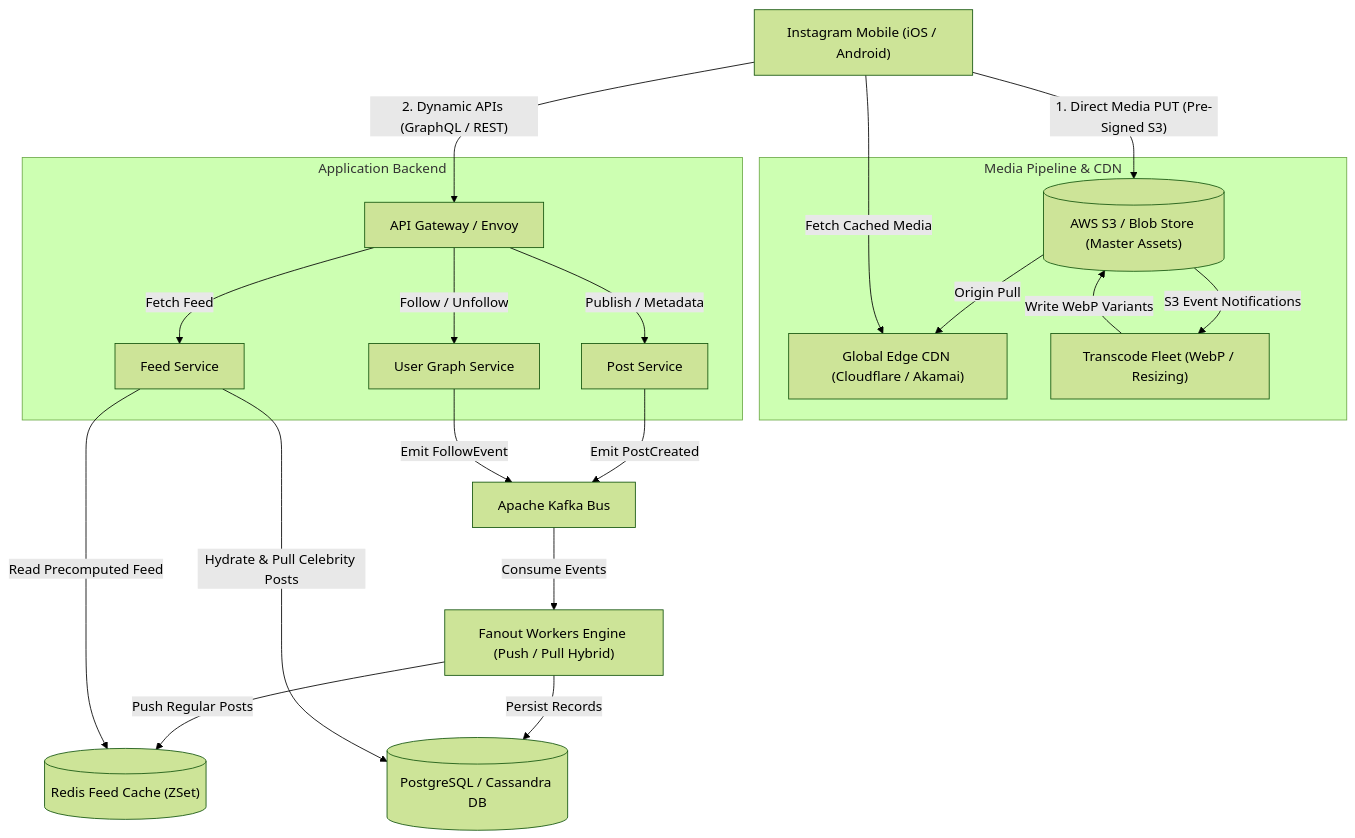
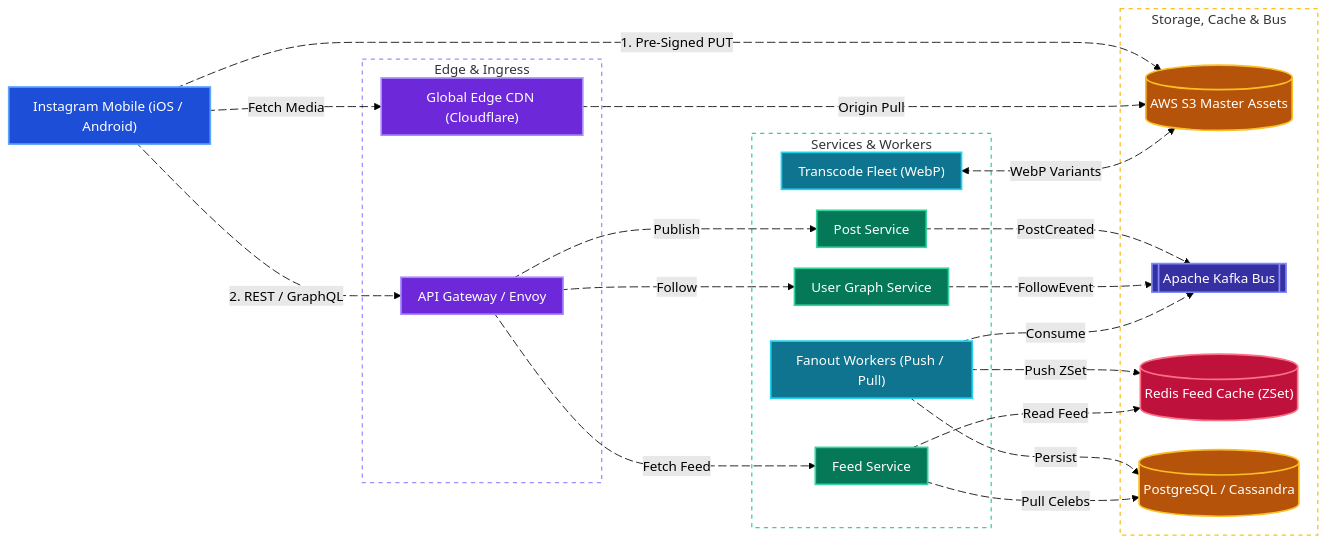
One commit to tarunbatta/tech-interview-prep changed the first of 4 diagrams in system-design/instagram.md. Above: the diagram before and after it, drawn with Mermaid (forest theme). The commit also changed other lines of this file and 30 other files, not shown here.

First line of the commit message:
docs(system-design): convert Mermaid flowcharts to LR with colors and animated edges

````diff
--- a/system-design/instagram.md
+++ b/system-design/instagram.md
@@ -71,35 +71,73 @@
 ```mermaid
-flowchart TD
+%%{init: {'flowchart': {'nodeSpacing': 25, 'rankSpacing': 45, 'padding': 10}}}%%
+flowchart LR
     Client["Instagram Mobile (iOS / Android)"]
-    subgraph MediaPipeline["Media Pipeline & CDN"]
-        CDN["Global Edge CDN (Cloudflare / Akamai)"]
-        S3[("AWS S3 / Blob Store (Master Assets)")]
-        Transcode["Transcode Fleet (WebP / Resizing)"]
-        S3 -->|"S3 Event Notifications"| Transcode
-        Transcode -->|"Write WebP Variants"| S3
-        S3 -->|"Origin Pull"| CDN
+    subgraph EdgeTier["Edge & Ingress"]
+        CDN["Global Edge CDN (Cloudflare)"]
+        GW["API Gateway / Envoy"]
     end
-    subgraph AppBackend["Application Backend"]
-        GW["API Gateway / Envoy"]
+    subgraph AppBackend["Services & Workers"]
         PostSvc["Post Service"]
         GraphSvc["User Graph Service"]
         FeedSvc["Feed Service"]
-        GW -->|"Publish / Metadata"| PostSvc
-        GW -->|"Follow / Unfollow"| GraphSvc
-        GW -->|"Fetch Feed"| FeedSvc
+        Fanout["Fanout Workers (Push / Pull)"]
+        Transcode["Transcode Fleet (WebP)"]
     end
-    Kafka["Apache Kafka Bus"]
-    Fanout["Fanout Workers Engine (Push / Pull Hybrid)"]
-    RedisFeed[("Redis Feed Cache (ZSet)")]
-    DB[("PostgreSQL / Cassandra DB")]
-    Client -->|"1. Direct Media PUT (Pre-Signed S3)"| S3
-    Client -->|"Fetch Cached Media"| CDN
-    Client -->|"2. Dynamic APIs (GraphQL / REST)"| GW
-    PostSvc -->|"Emit PostCreated"| Kafka
-    GraphSvc -->|"Emit FollowEvent"| Kafka
-    Kafka -->|"Consume Events"| Fanout
-    Fanout -->|"Push Regular Posts"| RedisFeed
-    Fanout -->|"Persist Records"| DB
-    FeedSvc -->|"Read Precomputed Feed"| RedisFeed
-    FeedSvc -->|"Hydrate & Pull Celebrity Posts"| DB
+    subgraph DataLayer["Storage, Cache & Bus"]
+        S3[("AWS S3 Master Assets")]
+        Kafka[["Apache Kafka Bus"]]
+        RedisFeed[("Redis Feed Cache (ZSet)")]
+        DB[("PostgreSQL / Cassandra")]
+    end
+    Client e1@-->|"1. Pre-Signed PUT"| S3
+    Client e2@-->|"Fetch Media"| CDN
+    CDN e3@-->|"Origin Pull"| S3
+    Transcode e4@<-->|"WebP Variants"| S3
+    Client e5@-->|"2. REST / GraphQL"| GW
+    GW e6@-->|"Publish"| PostSvc
+    GW e7@-->|"Follow"| GraphSvc
+    GW e8@-->|"Fetch Feed"| FeedSvc
+    PostSvc e9@-->|"PostCreated"| Kafka
+    GraphSvc e10@-->|"FollowEvent"| Kafka
+    Fanout e11@-->|"Consume"| Kafka
+    Fanout e12@-->|"Push ZSet"| RedisFeed
+    Fanout e13@-->|"Persist"| DB
+    FeedSvc e14@-->|"Read Feed"| RedisFeed
+    FeedSvc e15@-->|"Pull Celebs"| DB
+
+    e1@{ animate: true }
+    e2@{ animate: true }
+    e3@{ animate: true }
+    e4@{ animate: true }
+    e5@{ animate: true }
+    e6@{ animate: true }
+    e7@{ animate: true }
+    e8@{ animate: true }
+    e9@{ animate: true }
+    e10@{ animate: true }
+    e11@{ animate: true }
+    e12@{ animate: true }
+    e13@{ animate: true }
+    e14@{ animate: true }
+    e15@{ animate: true }
+
+    classDef client fill:#1d4ed8,stroke:#60a5fa,stroke-width:2px,color:#ffffff
+    classDef edge fill:#6d28d9,stroke:#a78bfa,stroke-width:2px,color:#ffffff
+    classDef service fill:#047857,stroke:#34d399,stroke-width:2px,color:#ffffff
+    classDef worker fill:#0e7490,stroke:#22d3ee,stroke-width:2px,color:#ffffff
+    classDef cache fill:#be123c,stroke:#fb7185,stroke-width:2px,color:#ffffff
+    classDef storage fill:#b45309,stroke:#fbbf24,stroke-width:2px,color:#ffffff
+    classDef queue fill:#3730a3,stroke:#818cf8,stroke-width:2px,color:#ffffff
+
+    class Client client
+    class CDN,GW edge
+    class PostSvc,GraphSvc,FeedSvc service
+    class Fanout,Transcode worker
+    class RedisFeed cache
+    class S3,DB storage
+    class Kafka queue
+
+    style EdgeTier fill:transparent,stroke:#a78bfa,stroke-width:1.5px,stroke-dasharray: 5 5
+    style AppBackend fill:transparent,stroke:#34d399,stroke-width:1.5px,stroke-dasharray: 5 5
+    style DataLayer fill:transparent,stroke:#fbbf24,stroke-width:1.5px,stroke-dasharray: 5 5
 ```
````
